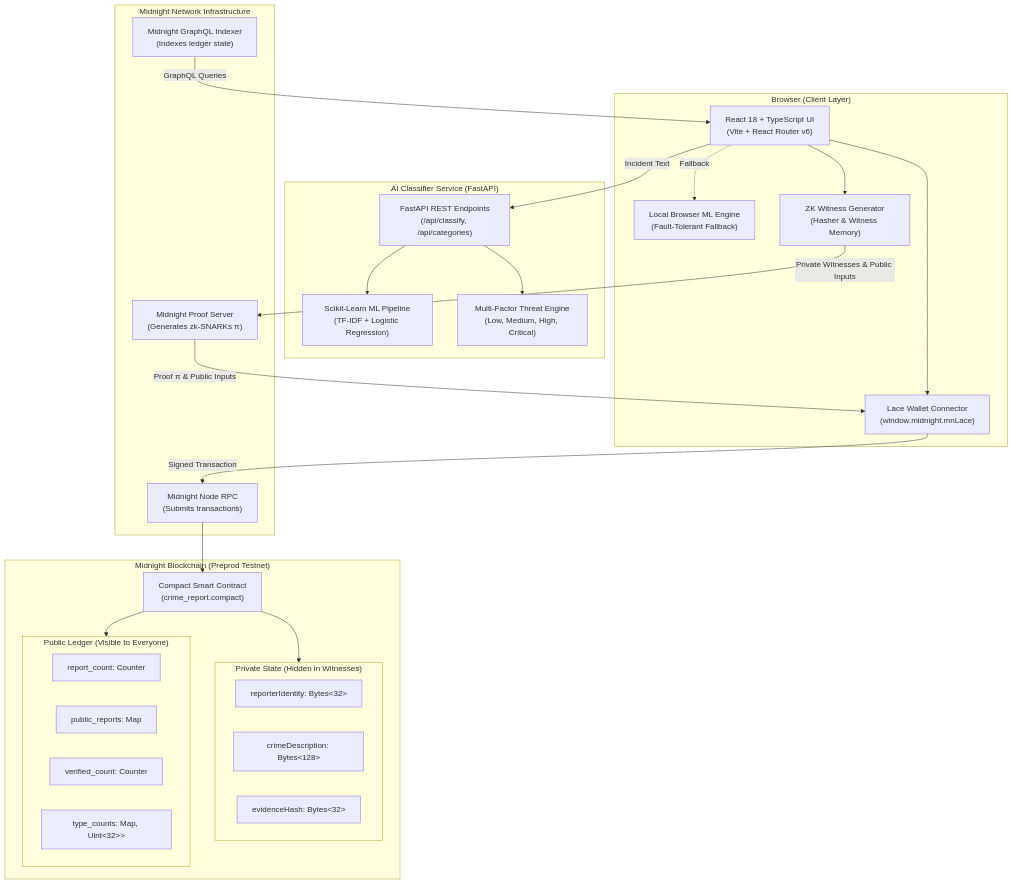
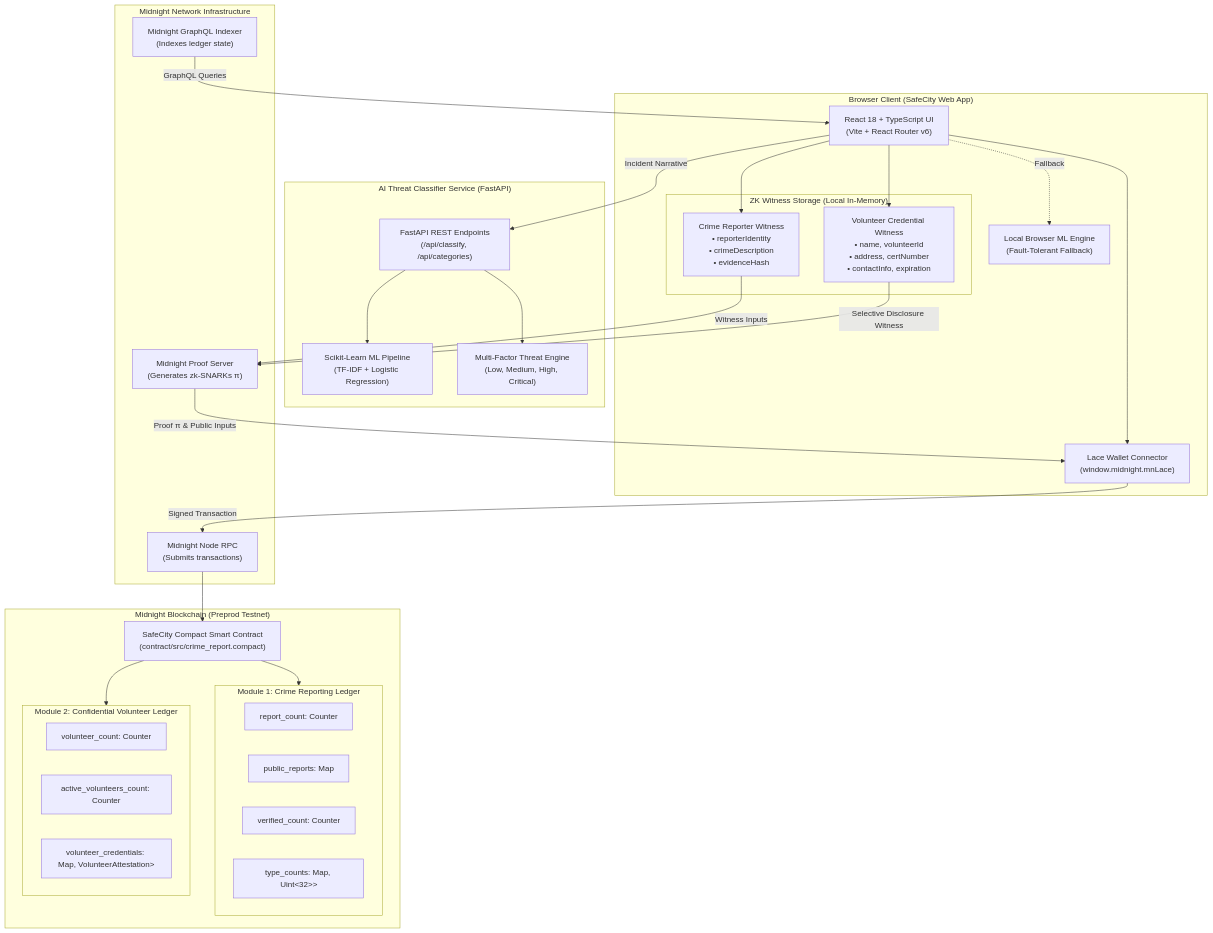
One commit to gourish02/Anonymous-Crime-Reporting changed the diagram in docs/ARCHITECTURE.md. Above: the diagram before and after it, drawn with Mermaid. The commit also changed other lines of this file and 9 other files, not shown here.

First line of the commit message:
feat: Upgrade to SafeCity platform with Confidential Volunteer Verification module

````diff
--- a/docs/ARCHITECTURE.md
+++ b/docs/ARCHITECTURE.md
@@ -9,55 +9,61 @@
 ```mermaid
 flowchart TB
-    subgraph Client["Browser (Client Layer)"]
+    subgraph Client["Browser Client (SafeCity Web App)"]
         UI["React 18 + TypeScript UI\n(Vite + React Router v6)"]
         Lace["Lace Wallet Connector\n(window.midnight.mnLace)"]
         LocalML["Local Browser ML Engine\n(Fault-Tolerant Fallback)"]
-        Witness["ZK Witness Generator\n(Hasher & Witness Memory)"]
+        
+        subgraph ClientWitnesses["ZK Witness Storage (Local In-Memory)"]
+            RepWitness["Crime Reporter Witness\n• reporterIdentity\n• crimeDescription\n• evidenceHash"]
+            VolWitness["Volunteer Credential Witness\n• name, volunteerId\n• address, certNumber\n• contactInfo, expiration"]
+        end
         
         UI --> Lace
-        UI --> Witness
+        UI --> RepWitness
+        UI --> VolWitness
         UI -.->|Fallback| LocalML
     end
 
-    subgraph AIService["AI Classifier Service (FastAPI)"]
+    subgraph AIService["AI Threat Classifier Service (FastAPI)"]
         API["FastAPI REST Endpoints\n(/api/classify, /api/categories)"]
         SKLearn["Scikit-Learn ML Pipeline\n(TF-IDF + Logistic Regression)"]
         RiskEngine["Multi-Factor Threat Engine\n(Low, Medium, High, Critical)"]
         
         API --> SKLearn
         API --> RiskEngine
     end
 
     subgraph MidnightNetwork["Midnight Network Infrastructure"]
         ProofServer["Midnight Proof Server\n(Generates zk-SNARKs π)"]
         Indexer["Midnight GraphQL Indexer\n(Indexes ledger state)"]
         NodeRPC["Midnight Node RPC\n(Submits transactions)"]
     end
 
     subgraph OnChain["Midnight Blockchain (Preprod Testnet)"]
-        CompactContract["Compact Smart Contract\n(crime_report.compact)"]
+        CompactContract["SafeCity Compact Smart Contract\n(contract/src/crime_report.compact)"]
         
-        subgraph PrivateState["Private State (Hidden in Witnesses)"]
-            RepID["reporterIdentity: Bytes<32>"]
-            Desc["crimeDescription: Bytes<128>"]
-            Evid["evidenceHash: Bytes<32>"]
-        end
-
-        subgraph PublicLedger["Public Ledger (Visible to Everyone)"]
+        subgraph Mod1State["Module 1: Crime Reporting Ledger"]
             RepCount["report_count: Counter"]
             PubReports["public_reports: Map<Field, PublicReport>"]
             VerCount["verified_count: Counter"]
             TypeCount["type_counts: Map<Uint<8>, Uint<32>>"]
         end
 
-        CompactContract --> PrivateState
-        CompactContract --> PublicLedger
+        subgraph Mod2State["Module 2: Confidential Volunteer Ledger"]
+            VolCount["volunteer_count: Counter"]
+            ActiveVolCount["active_volunteers_count: Counter"]
+            VolMap["volunteer_credentials: Map<Bytes<32>, VolunteerAttestation>"]
+        end
+
+        CompactContract --> Mod1State
+        CompactContract --> Mod2State
     end
 
-    UI -->|Incident Text| API
-    Witness -->|Private Witnesses & Public Inputs| ProofServer
+    UI -->|Incident Narrative| API
+    RepWitness -->|Witness Inputs| ProofServer
+    VolWitness -->|Selective Disclosure Witness| ProofServer
     ProofServer -->|Proof π & Public Inputs| Lace
     Lace -->|Signed Transaction| NodeRPC
     NodeRPC --> CompactContract
     Indexer -->|GraphQL Queries| UI
 ```
````
